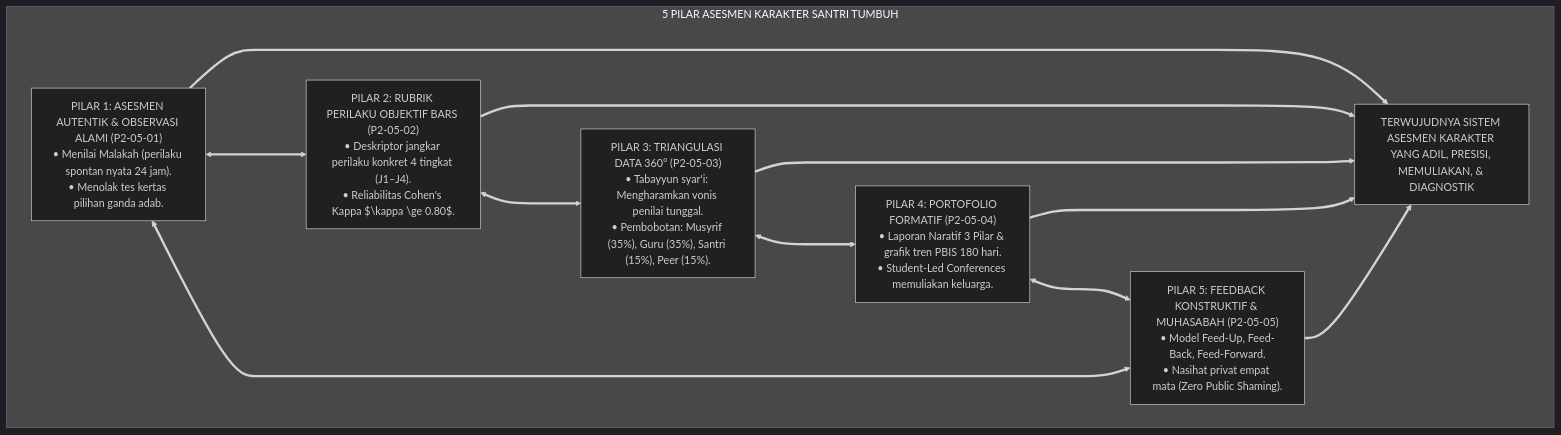
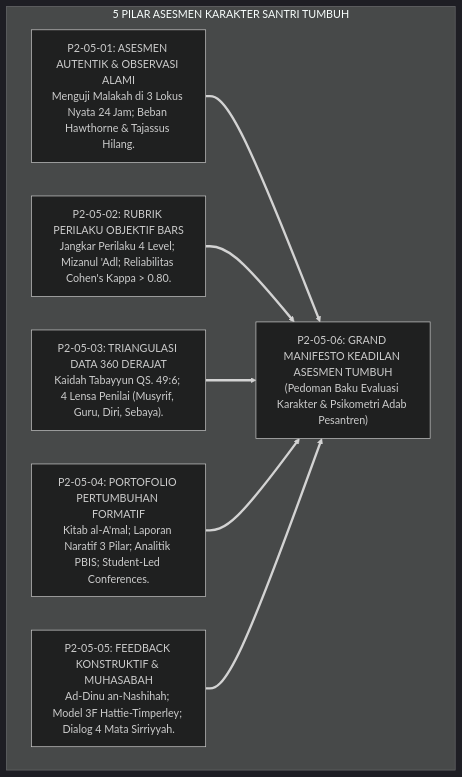
One commit to wandiapriliyandi/tumbuh changed the first of 3 diagrams in 02 Principles/05 Assessment Principles/P2-05-06-Sintesis-Assessment-Principles-TUMBUH.md. Above: the diagram before and after it, drawn with Mermaid (dark theme). The commit also changed other lines of this file and 6 other files, not shown here.

````diff
--- a/02 Principles/05 Assessment Principles/P2-05-06-Sintesis-Assessment-Principles-TUMBUH.md
+++ b/02 Principles/05 Assessment Principles/P2-05-06-Sintesis-Assessment-Principles-TUMBUH.md
@@ -56,24 +56,14 @@
 ```mermaid
 flowchart TD
     subgraph ArsitekturSintesisAssessmentPrinciples["5 PILAR ASESMEN KARAKTER SANTRI TUMBUH"]
-        P1["PILAR 1: ASESMEN AUTENTIK & OBSERVASI ALAMI (P2-05-01)<br/>• Menilai Malakah (perilaku spontan nyata 24 jam).<br/>• Menolak tes kertas pilihan ganda adab."]
+        P1["P2-05-01: ASESMEN AUTENTIK & OBSERVASI ALAMI<br/>Menguji Malakah di 3 Lokus Nyata 24 Jam; Beban Hawthorne & Tajassus Hilang."]
+        P2["P2-05-02: RUBRIK PERILAKU OBJEKTIF BARS<br/>Jangkar Perilaku 4 Level; Mizanul 'Adl; Reliabilitas Cohen's Kappa > 0.80."]
+        P3["P2-05-03: TRIANGULASI DATA 360 DERAJAT<br/>Kaidah Tabayyun QS. 49:6; 4 Lensa Penilai (Musyrif, Guru, Diri, Sebaya)."]
+        P4["P2-05-04: PORTOFOLIO PERTUMBUHAN FORMATIF<br/>Kitab al-A'mal; Laporan Naratif 3 Pilar; Analitik PBIS; Student-Led Conferences."]
+        P5["P2-05-05: FEEDBACK KONSTRUKTIF & MUHASABAH<br/>Ad-Dinu an-Nashihah; Model 3F Hattie-Timperley; Dialog 4 Mata Sirriyyah."]
         
-        P2["PILAR 2: RUBRIK PERILAKU OBJEKTIF BARS (P2-05-02)<br/>• Deskriptor jangkar perilaku konkret 4 tingkat (J1–J4).<br/>• Reliabilitas Cohen's Kappa $\kappa \ge 0.80$."]
+        ManifestoInduk["P2-05-06: GRAND MANIFESTO KEADILAN ASESMEN TUMBUH<br/>(Pedoman Baku Evaluasi Karakter & Psikometri Adab Pesantren)"]
         
-        P3["PILAR 3: TRIANGULASI DATA 360° (P2-05-03)<br/>• Tabayyun syar'i: Mengharamkan vonis penilai tunggal.<br/>• Pembobotan: Musyrif (35%), Guru (35%), Santri (15%), Peer (15%)."]
-        
-        P4["PILAR 4: PORTOFOLIO FORMATIF (P2-05-04)<br/>• Laporan Naratif 3 Pilar & grafik tren PBIS 180 hari.<br/>• Student-Led Conferences memuliakan keluarga."]
-        
-        P5["PILAR 5: FEEDBACK KONSTRUKTIF & MUHASABAH (P2-05-05)<br/>• Model Feed-Up, Feed-Back, Feed-Forward.<br/>• Nasihat privat empat mata (Zero Public Shaming)."]
-        
-        P1 <===> P2
-        P2 <===> P3
-        P3 <===> P4
-        P4 <===> P5
-        P5 <===> P1
-        
-        Pusat["TERWUJUDNYA SISTEM ASESMEN KARAKTER YANG ADIL, PRESISI, MEMULIAKAN, & DIAGNOSTIK"]
-        
-        P1 & P2 & P3 & P4 & P5 ==> Pusat
+        P1 & P2 & P3 & P4 & P5 ==> ManifestoInduk
     end
 ```
````
